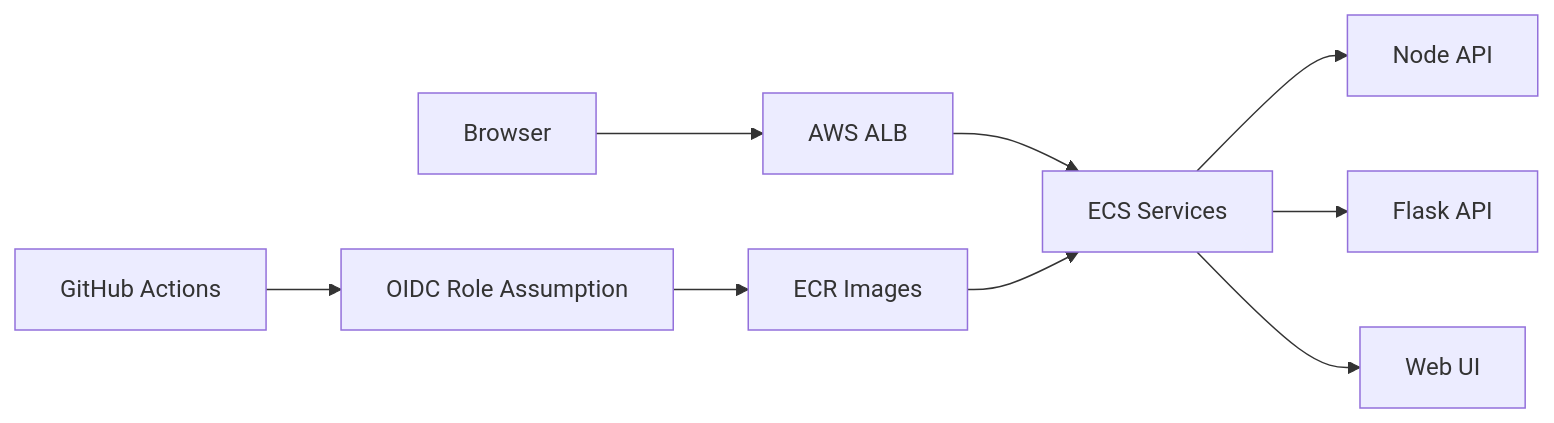
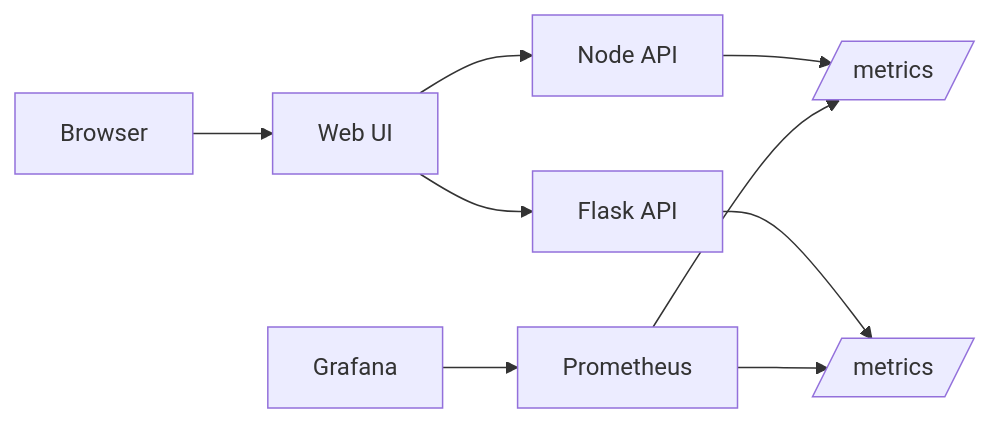
The diagram in README.md (kotusuleman94-bit/express-reliability-platform-v04-), drawn with Mermaid before and after one commit. The commit also changed other lines of this file and 8 other files, not shown here.

````diff
--- a/README.md
+++ b/README.md
@@ -83,11 +81,11 @@
 ```mermaid
 flowchart LR
-    User[Browser] --> ALB[AWS ALB]
-    ALB --> ECS[ECS Services]
-    ECS --> Node[Node API]
-    ECS --> Flask[Flask API]
-    ECS --> UI[Web UI]
-    GH[GitHub Actions] --> OIDC[OIDC Role Assumption]
-    OIDC --> ECR[ECR Images]
-    ECR --> ECS
+    User[Browser] --> UI[Web UI]
+    UI --> Node[Node API]
+    UI --> Flask[Flask API]
+    Node --> MetricsN[/metrics/]
+    Flask --> MetricsF[/metrics/]
+    Prom[Prometheus] --> MetricsN
+    Prom --> MetricsF
+    Graf[Grafana] --> Prom
 ```
````
